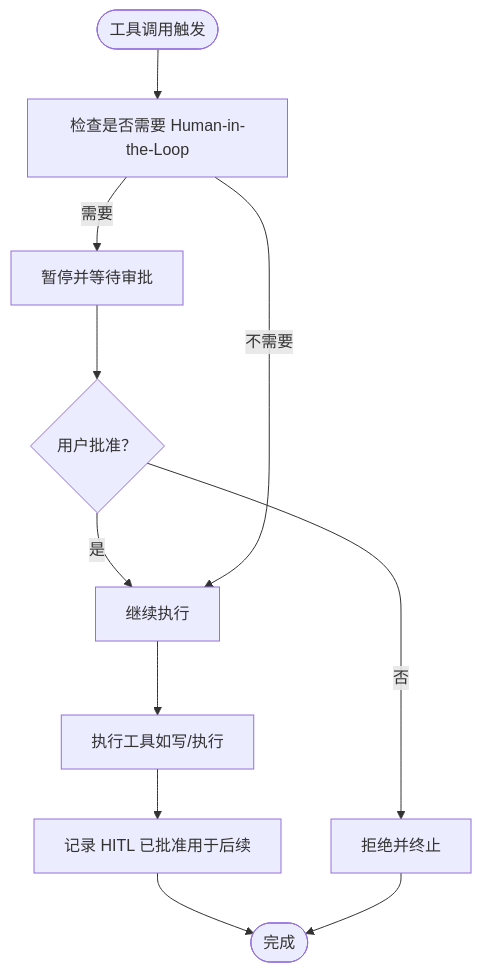
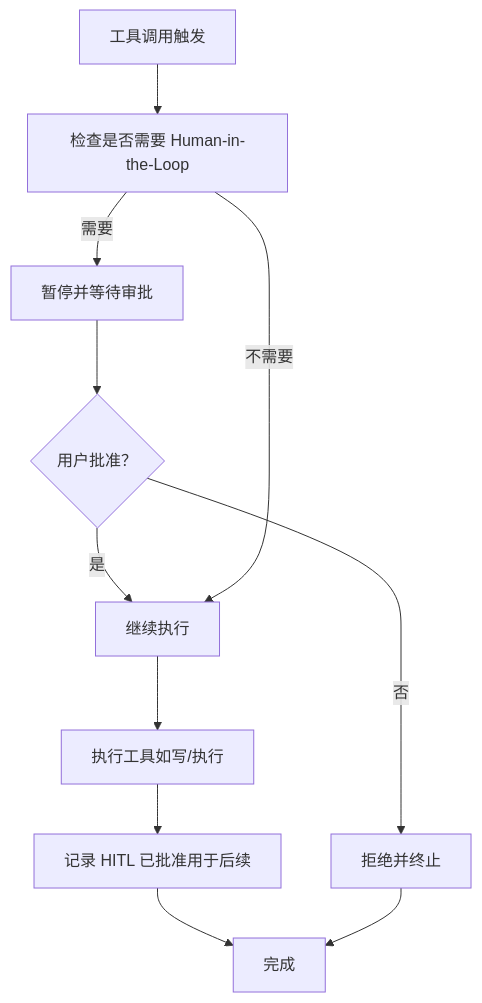
One commit to afanty2021/deepagents-langchain changed the sixth of 8 diagrams in .qoder/repowiki/zh/content/高级主题/高级主题.md. Above: the diagram before and after it, drawn with Mermaid. The commit also changed other lines of this file and 3 other files, not shown here.

````diff
--- a/.qoder/repowiki/zh/content/高级主题/高级主题.md
+++ b/.qoder/repowiki/zh/content/高级主题/高级主题.md
@@ -288,13 +289,13 @@
 ```mermaid
 flowchart TD
-Start(["工具调用触发"]) --> CheckHITL["检查是否需要 Human-in-the-Loop"]
+Start["工具调用触发"] --> CheckHITL["检查是否需要 Human-in-the-Loop"]
 CheckHITL --> |需要| Pause["暂停并等待审批"]
 Pause --> Approve{"用户批准？"}
 Approve --> |是| Continue["继续执行"]
 Approve --> |否| Reject["拒绝并终止"]
 CheckHITL --> |不需要| Continue
 Continue --> Exec["执行工具如写/执行"]
 Exec --> LogApproved["记录 HITL 已批准用于后续"]
-LogApproved --> End(["完成"])
+LogApproved --> End["完成"]
 Reject --> End
 ```
````
